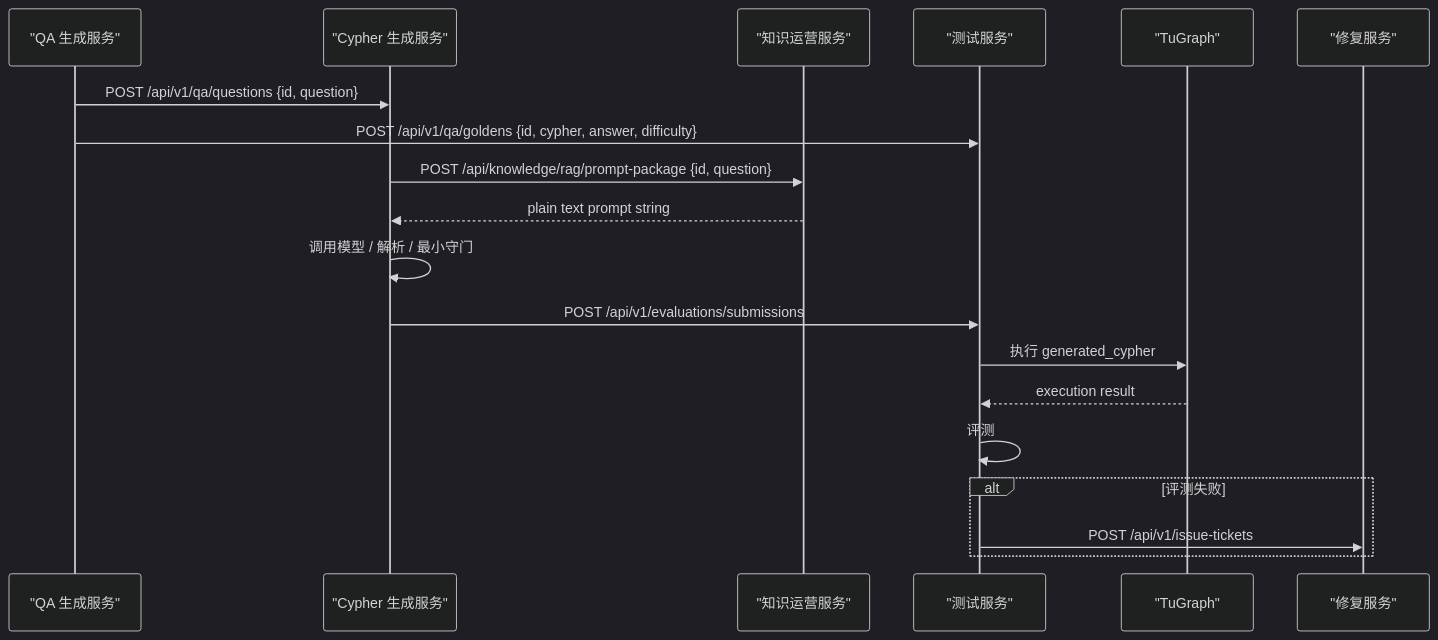
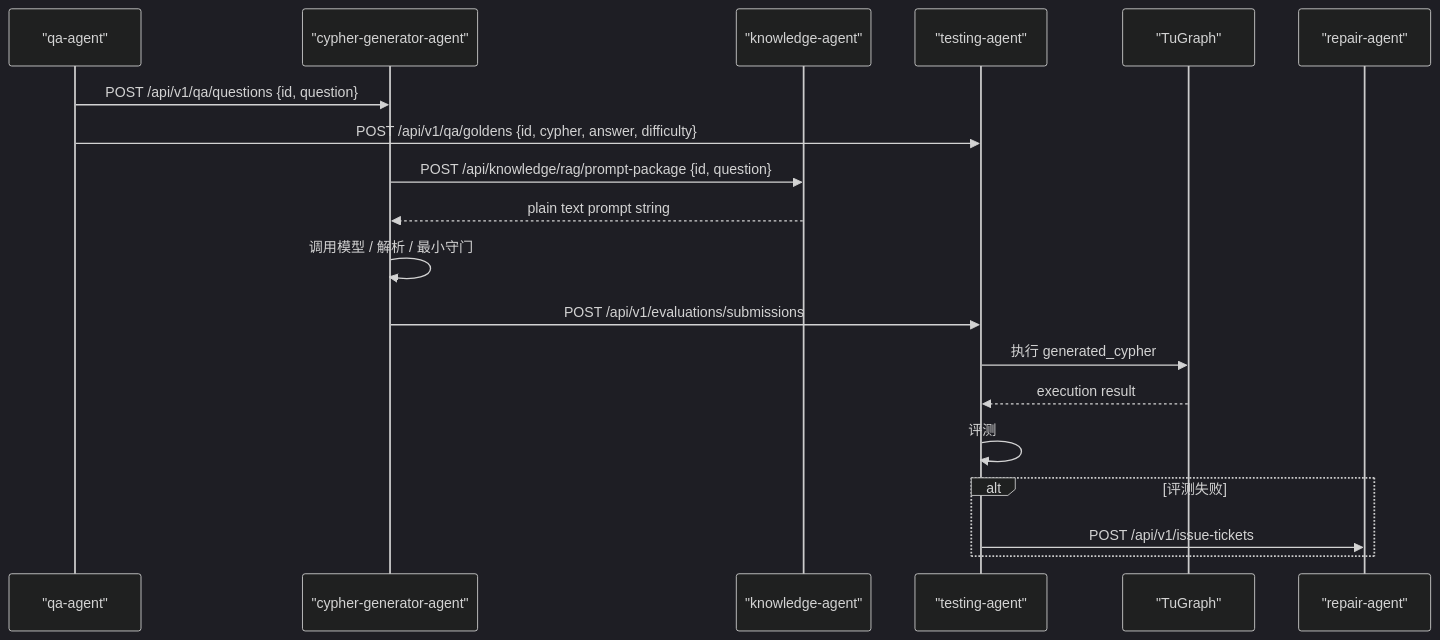
The diagram in console/runtime_console/docs/reference/workflow.md (mangow0527/NL2Cypher), drawn with Mermaid (dark theme) before and after one commit. The commit also changed other lines of this file and 18 other files, not shown here.

````diff
--- a/console/runtime_console/docs/reference/workflow.md
+++ b/console/runtime_console/docs/reference/workflow.md
@@ -130,22 +138,22 @@
 ```mermaid
 sequenceDiagram
-    participant QA as "QA 生成服务"
-    participant CG as "Cypher 生成服务"
-    participant KO as "知识运营服务"
-    participant TS as "测试服务"
+    participant QA as "qa-agent"
+    participant CG as "cypher-generator-agent"
+    participant knowledge-agent as "knowledge-agent"
+    participant TS as "testing-agent"
     participant TG as "TuGraph"
-    participant RS as "修复服务"
+    participant RS as "repair-agent"
 
     QA->>CG: POST /api/v1/qa/questions {id, question}
     QA->>TS: POST /api/v1/qa/goldens {id, cypher, answer, difficulty}
-    CG->>KO: POST /api/knowledge/rag/prompt-package {id, question}
-    KO-->>CG: plain text prompt string
+    CG->>knowledge-agent: POST /api/knowledge/rag/prompt-package {id, question}
+    knowledge-agent-->>CG: plain text prompt string
     CG->>CG: 调用模型 / 解析 / 最小守门
     CG->>TS: POST /api/v1/evaluations/submissions
     TS->>TG: 执行 generated_cypher
     TG-->>TS: execution result
     TS->>TS: 评测
     alt 评测失败
         TS->>RS: POST /api/v1/issue-tickets
     end
 ```
````
